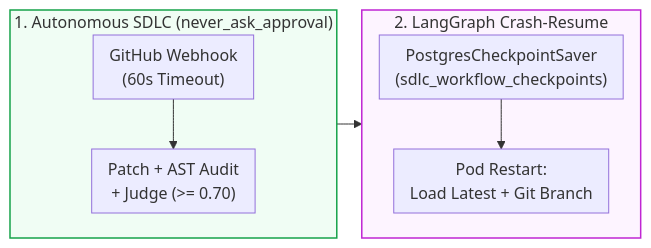
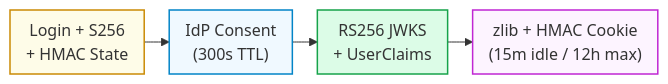
The third of 6 diagrams in README.md (Kenono2000/enterprise-rag-pgvector-rbac), drawn with Mermaid before and after one commit. The commit also changed other lines of this file, not shown here.

````diff
--- a/README.md
+++ b/README.md
@@ -193,15 +63,9 @@
 ```mermaid
 %%{init: {'flowchart': {'nodeSpacing': 15, 'rankSpacing': 25, 'padding': 8}}}%%
 flowchart LR
-    subgraph SDLC ["1. Autonomous SDLC (never_ask_approval)"]
-        direction TB
-        Hook["GitHub Webhook<br/>(60s Timeout)"] --> Crew["Patch + AST Audit<br/>+ Judge (&gt;= 0.70)"]
-    end
-    subgraph Resume ["2. LangGraph Crash-Resume"]
-        direction TB
-        Ckpt["PostgresCheckpointSaver<br/>(sdlc_workflow_checkpoints)"] --> Recover["Pod Restart:<br/>Load Latest + Git Branch"]
-    end
-    SDLC --> Resume
-    style SDLC fill:#f0fdf4,stroke:#16a34a,stroke-width:1.5px
-    style Resume fill:#fdf4ff,stroke:#c026d3,stroke-width:1.5px
+    Req["Login + S256<br/>+ HMAC State"] --> IdP["IdP Consent<br/>(300s TTL)"] --> JWKS["RS256 JWKS<br/>+ UserClaims"] --> Cookie["zlib + HMAC Cookie<br/>(15m idle / 12h max)"]
+    style Req fill:#fefce8,stroke:#ca8a04,stroke-width:1.5px
+    style IdP fill:#f0f9ff,stroke:#0284c7,stroke-width:1.5px
+    style JWKS fill:#dcfce7,stroke:#16a34a,stroke-width:1.5px
+    style Cookie fill:#fdf4ff,stroke:#c026d3,stroke-width:1.5px
 ```
````
